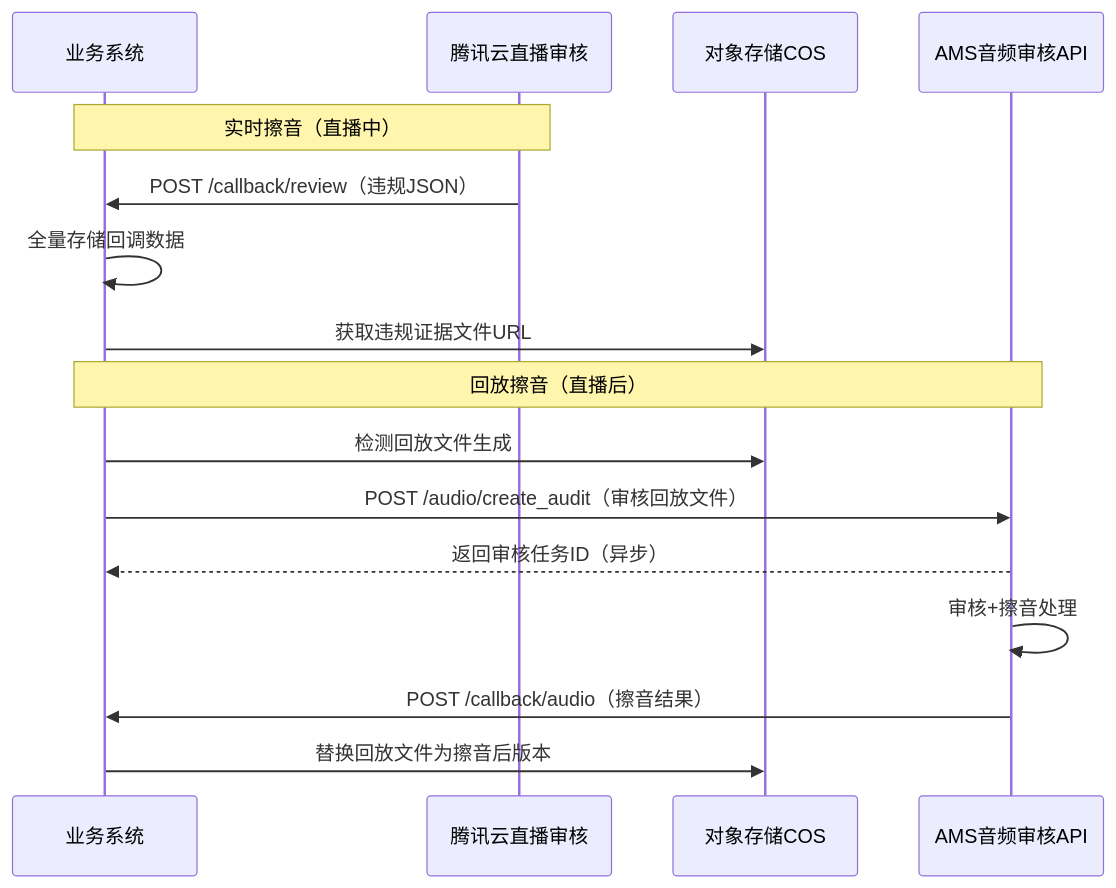
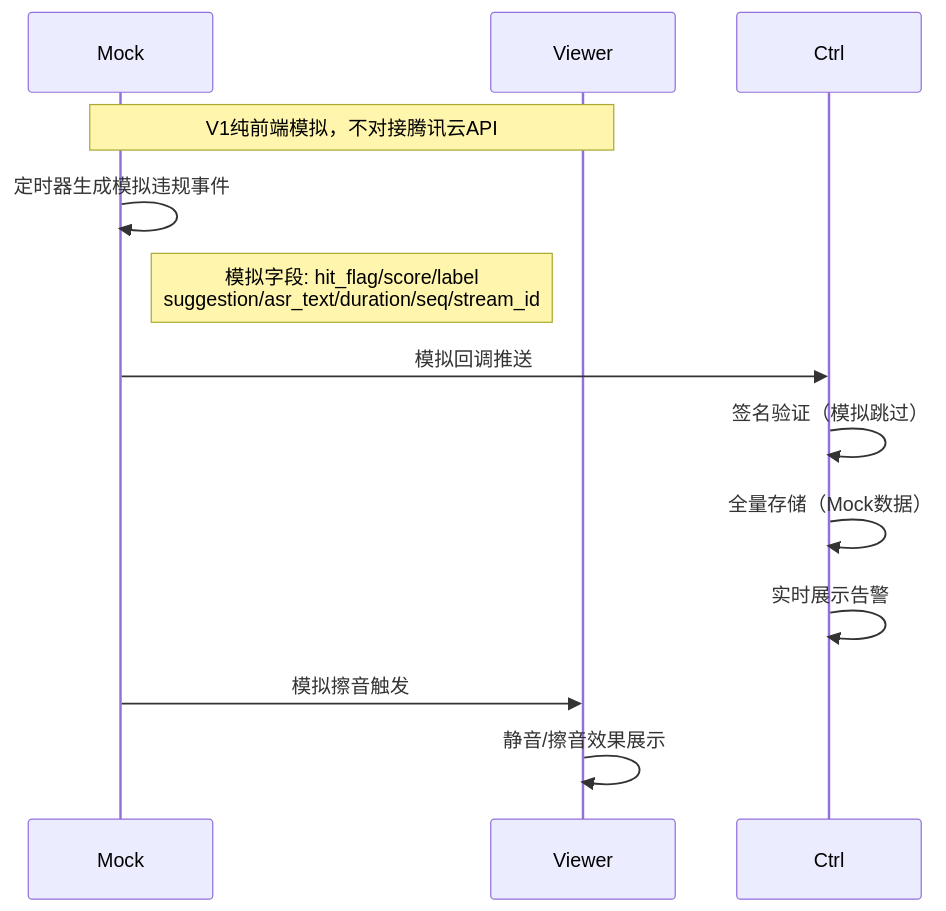
The fifth of 5 diagrams in projects/SAAS/docs/01-requirements/16-内容审查域-PRD-v1.0.0.md (Stone1202/SAAS-APP), drawn with Mermaid before and after one commit. The commit also changed other lines of this file and 63 other files, not shown here.

````diff
--- a/projects/SAAS/docs/01-requirements/16-内容审查域-PRD-v1.0.0.md
+++ b/projects/SAAS/docs/01-requirements/16-内容审查域-PRD-v1.0.0.md
@@ -285,20 +295,15 @@
 ```mermaid
 sequenceDiagram
-    participant S as 业务系统
-    participant TC as 腾讯云直播审核
-    participant COS as 对象存储COS
-    participant AMS as AMS音频审核API
+    Note over Mock,Viewer: V1纯前端模拟，不对接腾讯云API
     
-    Note over S,TC: 实时擦音（直播中）
-    TC->>S: POST /callback/review（违规JSON）
-    S->>S: 全量存储回调数据
-    S->>COS: 获取违规证据文件URL
+    Mock->>Mock: 定时器生成模拟违规事件
+    Note right of Mock: 模拟字段: hit_flag/score/label<br/>suggestion/asr_text/duration/seq/stream_id
     
-    Note over S,AMS: 回放擦音（直播后）
-    S->>COS: 检测回放文件生成
-    S->>AMS: POST /audio/create_audit（审核回放文件）
-    AMS-->>S: 返回审核任务ID（异步）
-    AMS->>AMS: 审核+擦音处理
-    AMS->>S: POST /callback/audio（擦音结果）
-    S->>COS: 替换回放文件为擦音后版本
+    Mock->>Ctrl: 模拟回调推送
+    Ctrl->>Ctrl: 签名验证（模拟跳过）
+    Ctrl->>Ctrl: 全量存储（Mock数据）
+    Ctrl->>Ctrl: 实时展示告警
+    
+    Mock->>Viewer: 模拟擦音触发
+    Viewer->>Viewer: 静音/擦音效果展示
 ```
````
